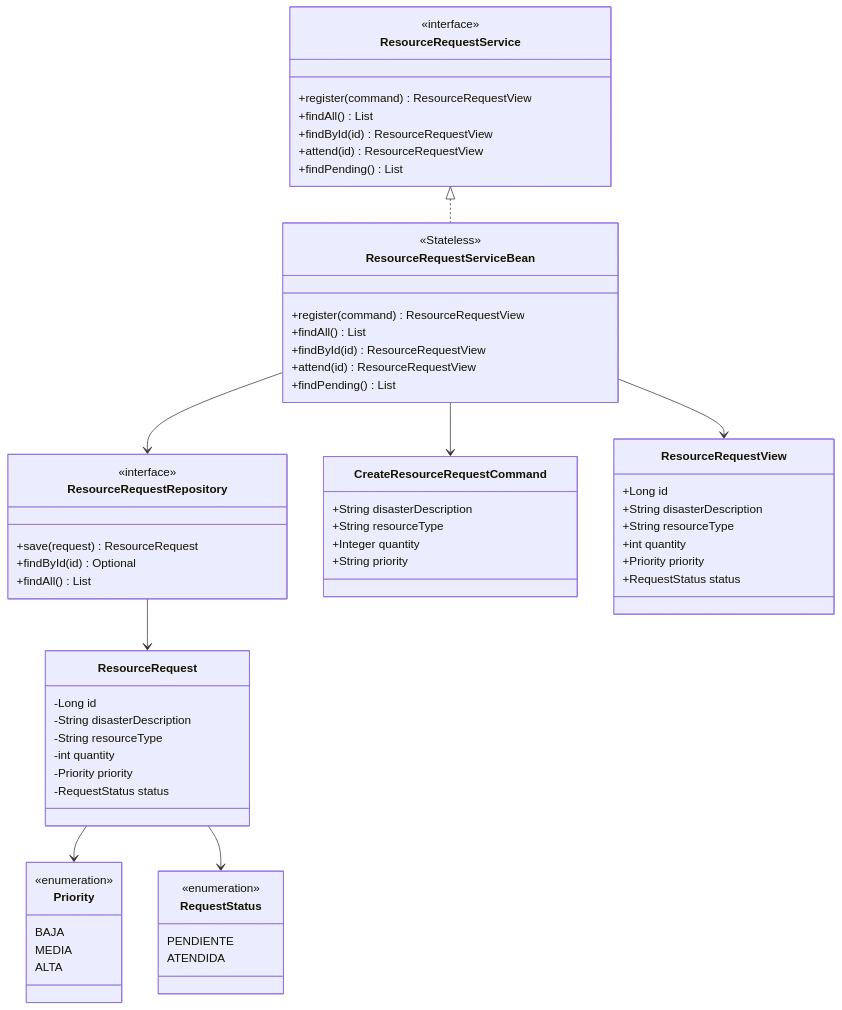
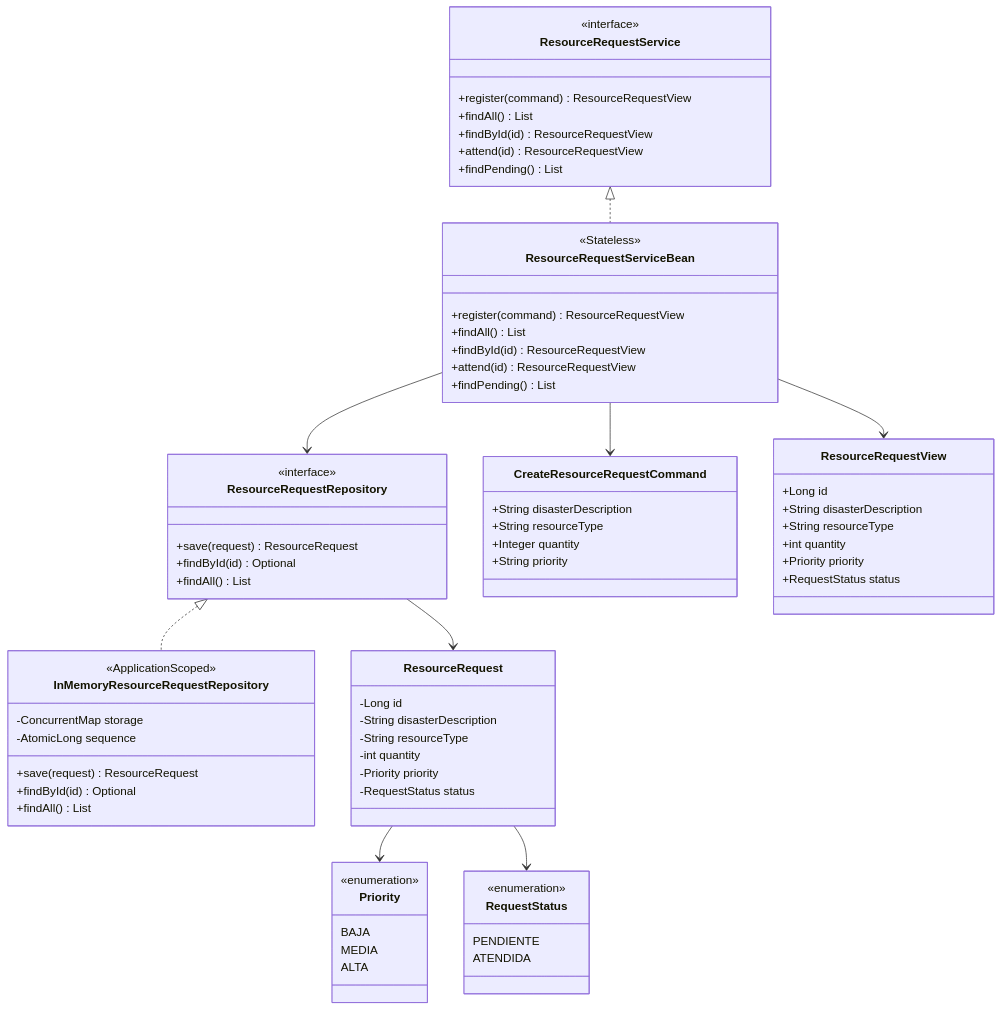
Before and after one commit to andreMD287/JEE-Negocio: the second of 8 diagrams in docs/arquitectura.md, drawn with Mermaid. The commit also changed other lines of this file, not shown here.

Commit message:
Vista lógica: agrega la implementación en memoria del puerto

```diff
--- a/docs/arquitectura.md
+++ b/docs/arquitectura.md
@@ -137,6 +137,15 @@
 
     class ResourceRequestRepository {
         <<interface>>
+        +save(request) ResourceRequest
+        +findById(id) Optional
+        +findAll() List
+    }
+
+    class InMemoryResourceRequestRepository {
+        <<ApplicationScoped>>
+        -ConcurrentMap storage
+        -AtomicLong sequence
         +save(request) ResourceRequest
         +findById(id) Optional
         +findAll() List
@@ -182,6 +191,7 @@
 
     ResourceRequestService <|.. ResourceRequestServiceBean
     ResourceRequestServiceBean --> ResourceRequestRepository
+    ResourceRequestRepository <|.. InMemoryResourceRequestRepository
     ResourceRequestServiceBean --> CreateResourceRequestCommand
     ResourceRequestServiceBean --> ResourceRequestView
     ResourceRequestRepository --> ResourceRequest
```
